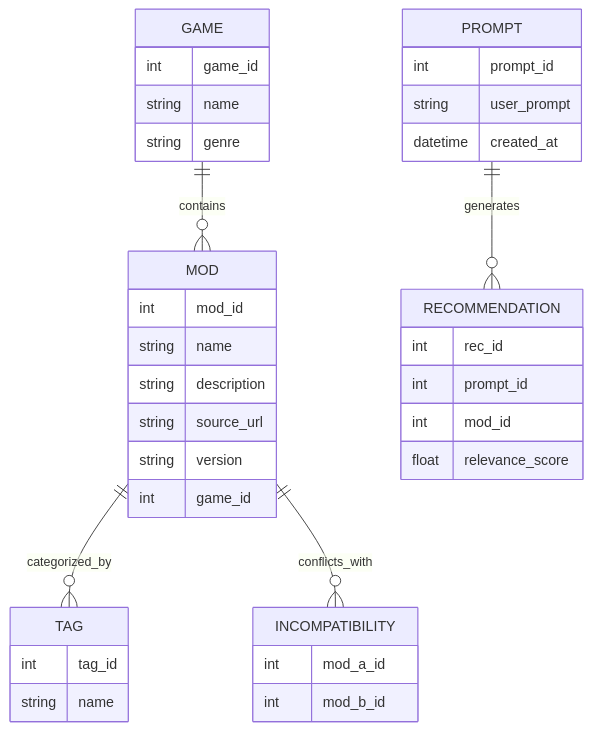
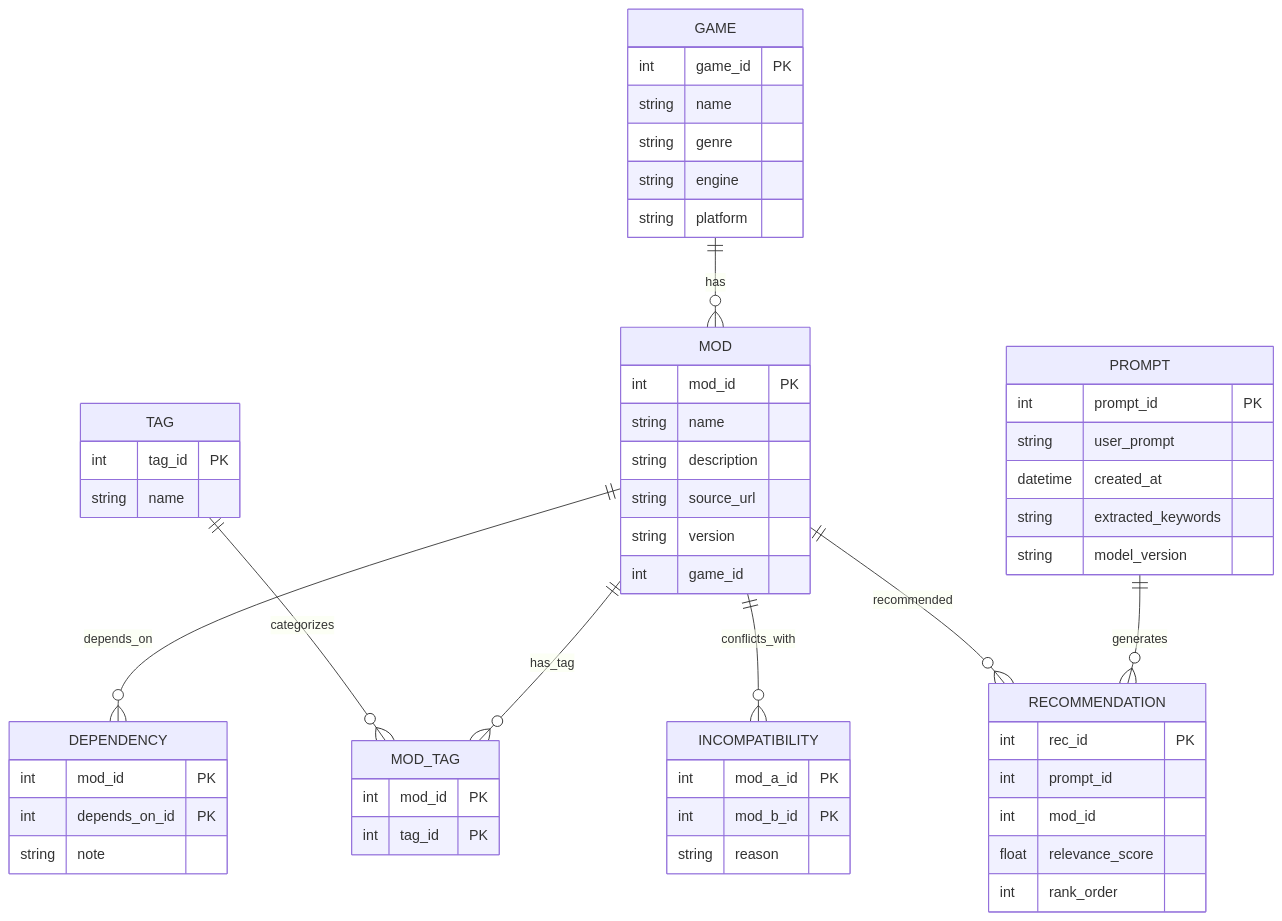
Before and after one commit to Hecktomb200/ModMuse: the diagram in design.md, drawn with Mermaid.

````diff
--- a/design.md
+++ b/design.md
@@ -49,45 +49,72 @@
 ```mermaid
 erDiagram
-    GAME ||--o{ MOD : contains
-    MOD ||--o{ TAG : categorized_by
+
+    %% --- Relationships ---
+    GAME ||--o{ MOD : has
+
+    MOD ||--o{ MOD_TAG : has_tag
+    TAG ||--o{ MOD_TAG : categorizes
+
+    MOD ||--o{ DEPENDENCY : depends_on
     MOD ||--o{ INCOMPATIBILITY : conflicts_with
+
     PROMPT ||--o{ RECOMMENDATION : generates
+    MOD ||--o{ RECOMMENDATION : recommended
+
+    %% --- Entities ---
 
     GAME {
-        int game_id
+        int game_id PK
         string name
         string genre
+        string engine
+        string platform
     }
 
     MOD {
-        int mod_id
+        int mod_id PK
         string name
         string description
         string source_url
         string version
         int game_id
     }
 
     TAG {
-        int tag_id
+        int tag_id PK
         string name
     }
 
+    MOD_TAG {
+        int mod_id PK
+        int tag_id PK
+    }
+
+    DEPENDENCY {
+        int mod_id PK
+        int depends_on_id PK
+        string note
+    }
+
     INCOMPATIBILITY {
-        int mod_a_id
-        int mod_b_id
+        int mod_a_id PK
+        int mod_b_id PK
+        string reason
     }
 
     PROMPT {
-        int prompt_id
+        int prompt_id PK
         string user_prompt
         datetime created_at
+        string extracted_keywords
+        string model_version
     }
 
     RECOMMENDATION {
-        int rec_id
+        int rec_id PK
         int prompt_id
         int mod_id
         float relevance_score
+        int rank_order
     }
 ```
````
